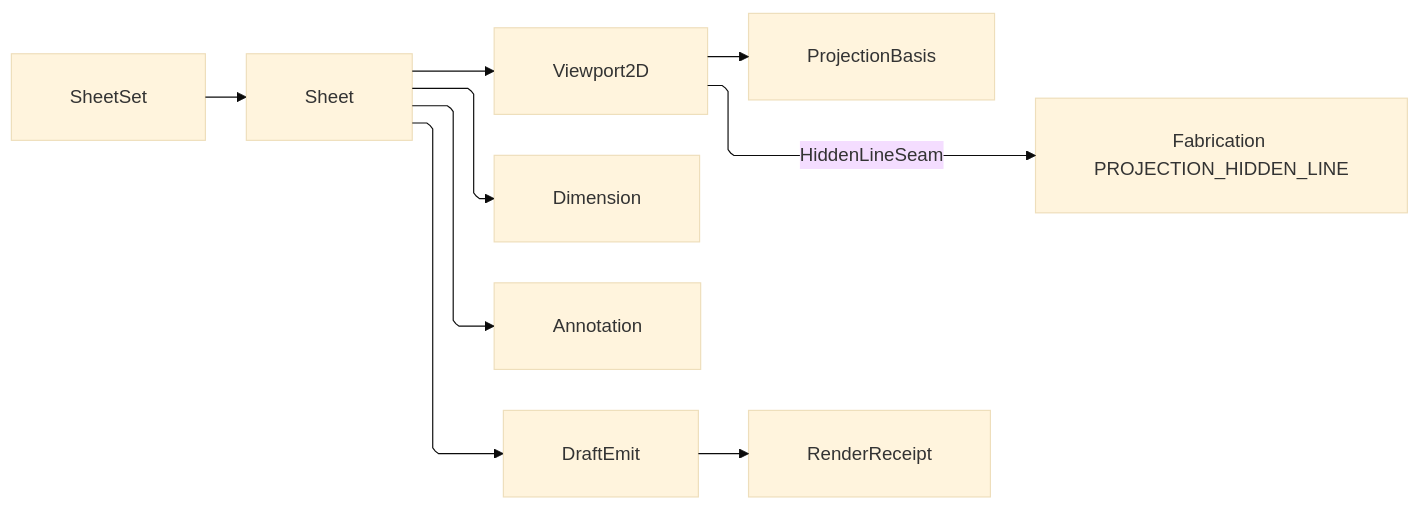
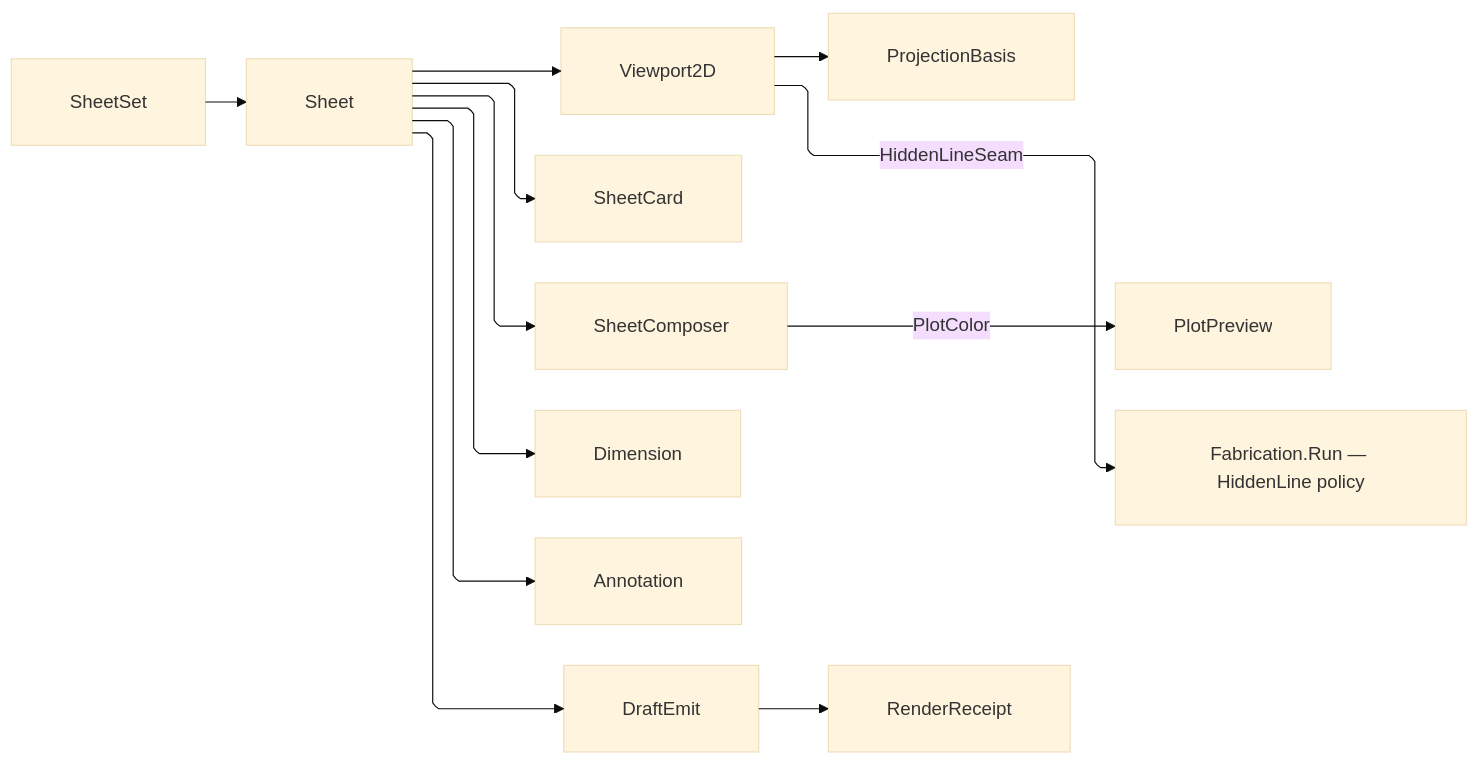
Before and after one commit to bsamiee/Rasm: the diagram in libs/csharp/Rasm.AppUi/.planning/Render/drafting.md, drawn with Mermaid (base theme). The commit also changed other lines of this file and 747 other files, not shown here.

````diff
--- a/libs/csharp/Rasm.AppUi/.planning/Render/drafting.md
+++ b/libs/csharp/Rasm.AppUi/.planning/Render/drafting.md
@@ -753,20 +1097,23 @@
 ```mermaid
 ---
 config:
   layout: elk
   flowchart:
     curve: linear
     padding: 25
 ---
 flowchart LR
     accTitle: Drafting projection and export flow
     accDescr: Sheet geometry, annotations, and title data project once before PDF, SVG, DWG, or DXF emission.
     SheetSet --> Sheet
     Sheet --> Viewport2D
     Viewport2D --> ProjectionBasis
-    Viewport2D -->|HiddenLineSeam| Hlr["Fabrication PROJECTION_HIDDEN_LINE"]
+    Sheet --> SheetCard
+    Sheet --> SheetComposer
+    SheetComposer -->|PlotColor| PlotPreview
+    Viewport2D -->|HiddenLineSeam| Hlr["Fabrication.Run — HiddenLine policy"]
     Sheet --> Dimension
     Sheet --> Annotation
     Sheet --> DraftEmit
     DraftEmit --> RenderReceipt
 ```
````
